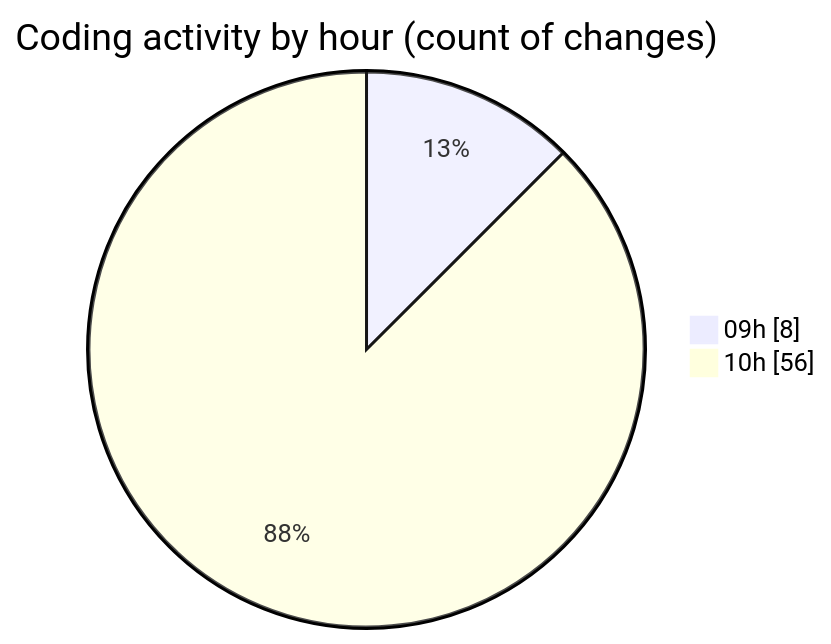
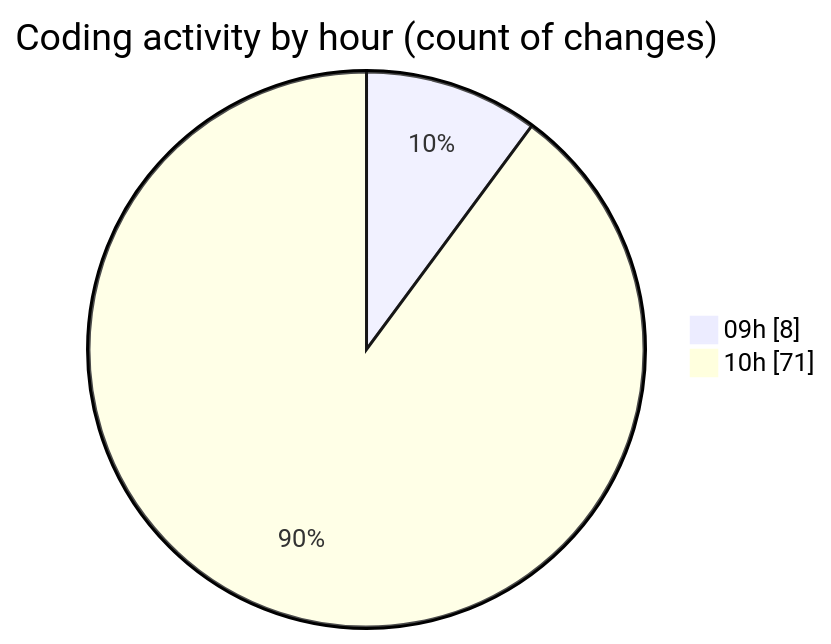
One commit to CELIANVF/code-tracking changed the second of 2 diagrams in 2025-06-03/ecodeli-1/README.md. Above: the diagram before and after it, drawn with Mermaid. The commit also changed other lines of this file and 1 other file, not shown here.

````diff
--- a/2025-06-03/ecodeli-1/README.md
+++ b/2025-06-03/ecodeli-1/README.md
@@ -62,6 +62,6 @@
 ```mermaid
 pie showData
 title Coding activity by hour (count of changes)
 "09h" : 8
-"10h" : 56
+"10h" : 71
 ```
````
